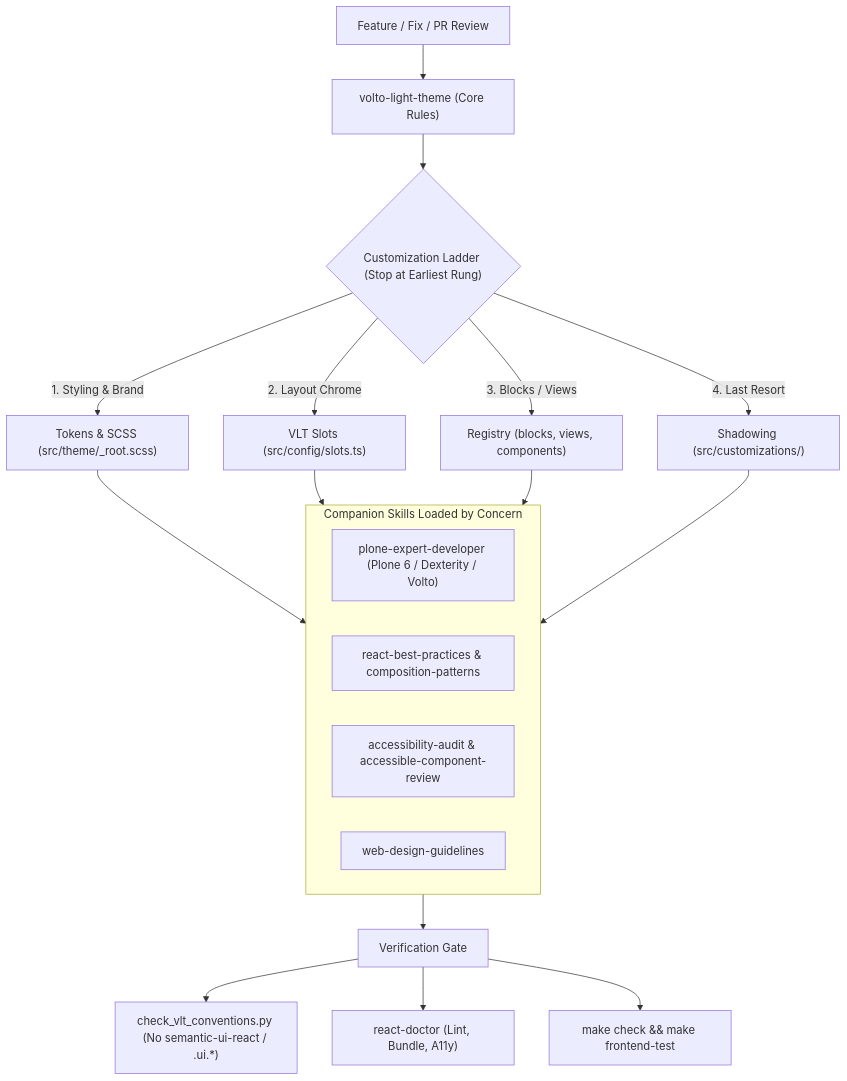
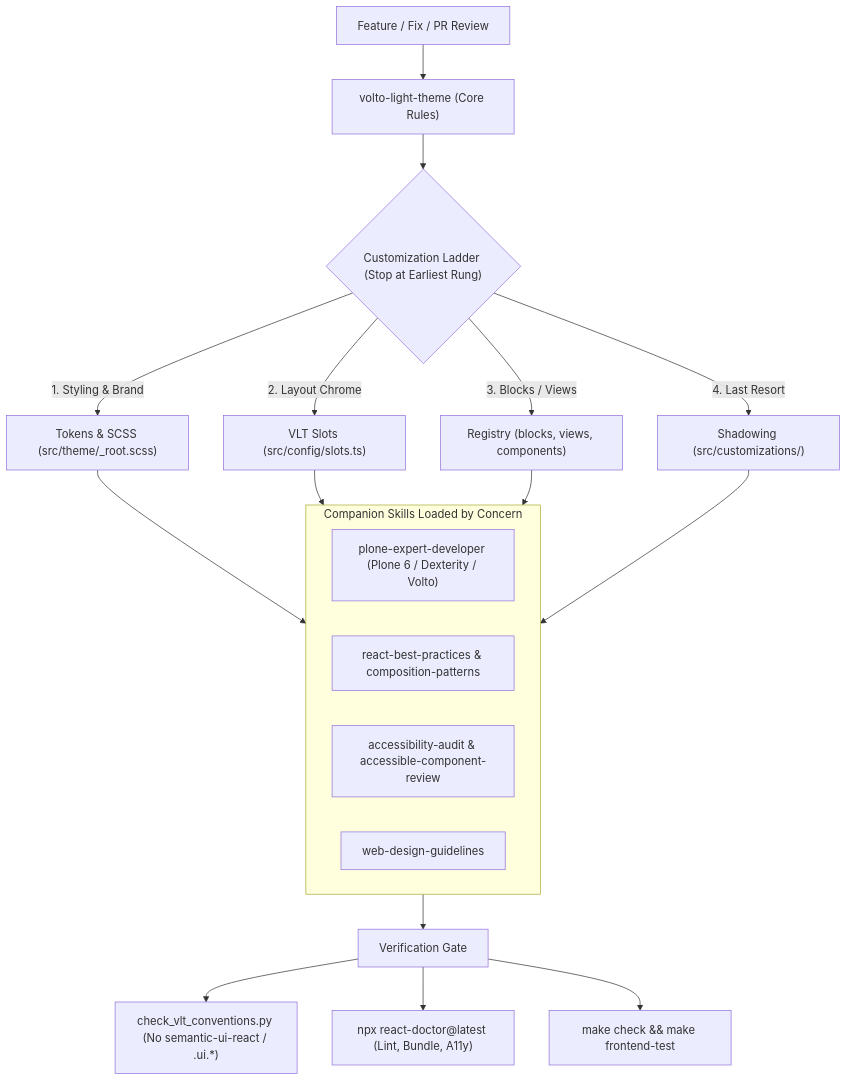
Before and after one commit to Rodriguesmath/volto-light-theme-skills: the diagram in README.md, drawn with Mermaid. The commit also changed other lines of this file and 13 other files, not shown here.

````diff
--- a/README.md
+++ b/README.md
@@ -13,24 +13,24 @@
 ```mermaid
 flowchart TD
     Task["Feature / Fix / PR Review"] --> Core["volto-light-theme (Core Rules)"]
 
     Core --> Ladder{"Customization Ladder (Stop at Earliest Rung)"}
     Ladder -->|"1. Styling & Brand"| R1["Tokens & SCSS (src/theme/_root.scss)"]
     Ladder -->|"2. Layout Chrome"| R2["VLT Slots (src/config/slots.ts)"]
     Ladder -->|"3. Blocks / Views"| R3["Registry (blocks, views, components)"]
     Ladder -->|"4. Last Resort"| R4["Shadowing (src/customizations/)"]
 
     subgraph Stack["Companion Skills Loaded by Concern"]
         Plone["plone-expert-developer (Plone 6 / Dexterity / Volto)"]
         React["react-best-practices & composition-patterns"]
         A11y["accessibility-audit & accessible-component-review"]
         UX["web-design-guidelines"]
     end
 
     R1 & R2 & R3 & R4 --> Stack
     Stack --> Verify["Verification Gate"]
 
     Verify --> V1["check_vlt_conventions.py (No semantic-ui-react / .ui.*)"]
-    Verify --> V2["react-doctor (Lint, Bundle, A11y)"]
+    Verify --> V2["npx react-doctor@latest (Lint, Bundle, A11y)"]
     Verify --> V3["make check && make frontend-test"]
 ```
````
